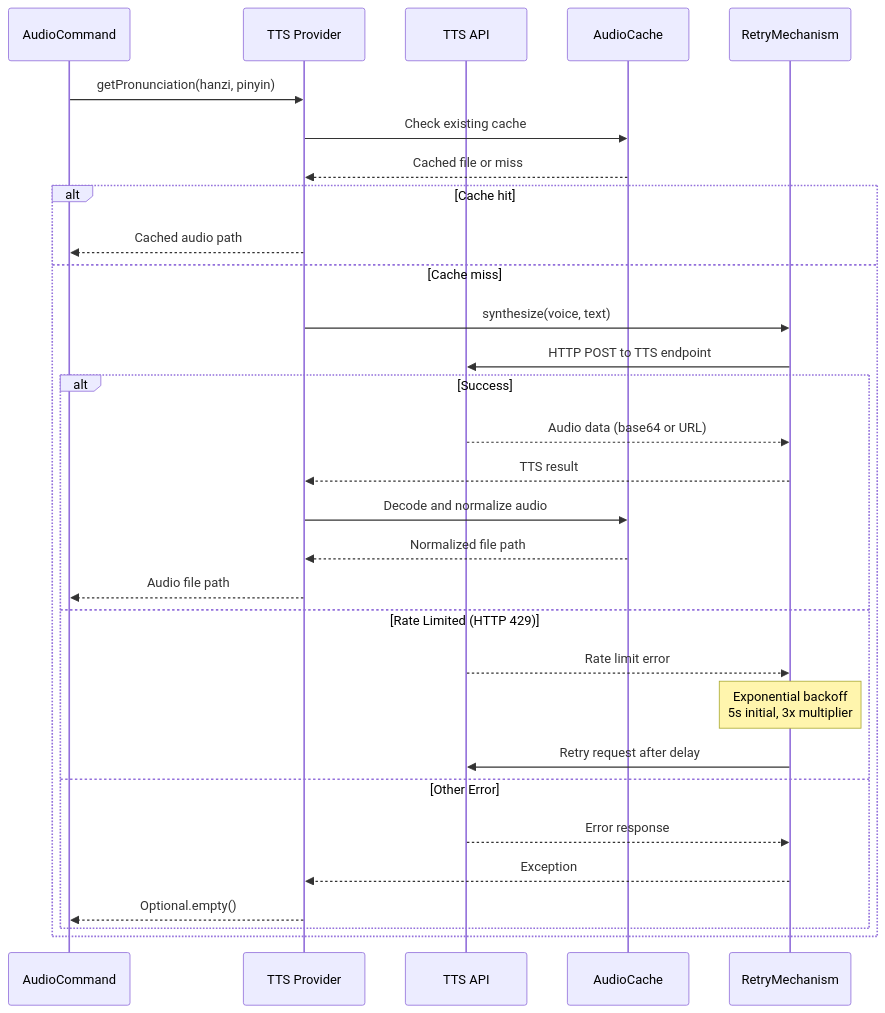
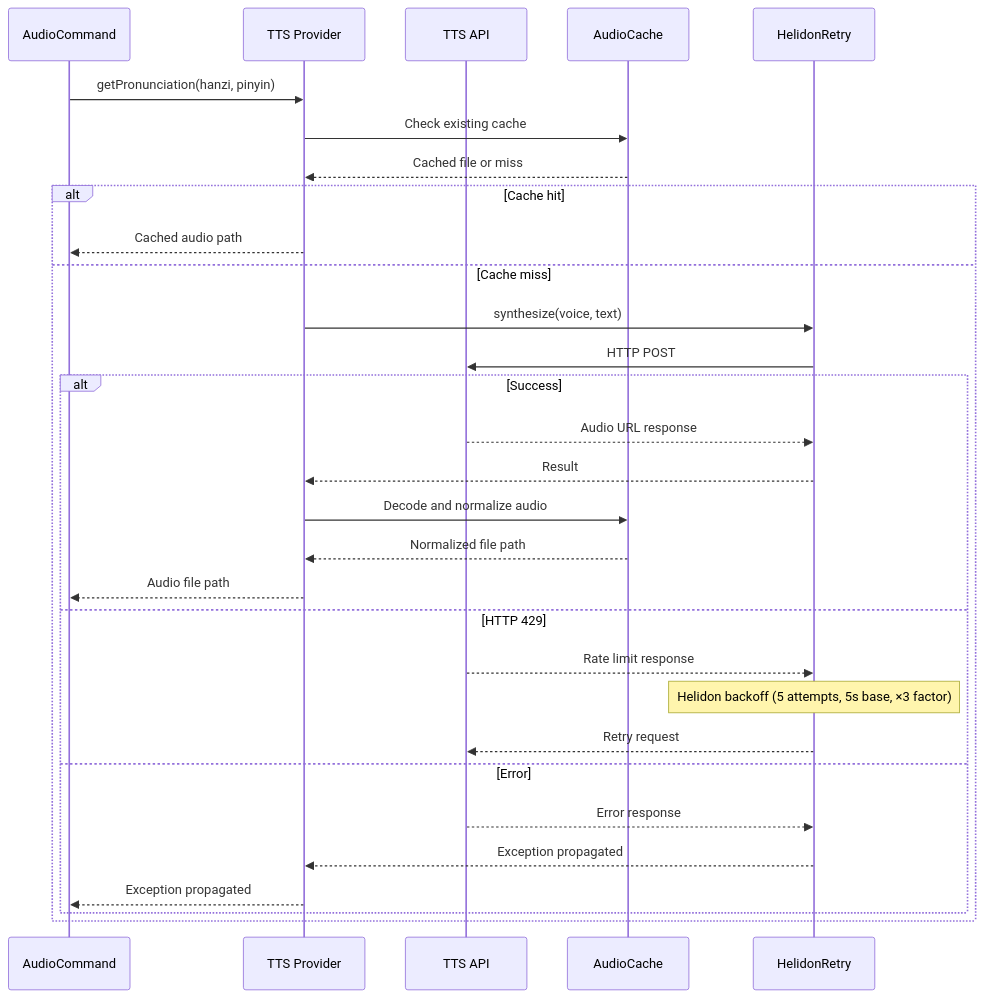
The fourth of 14 diagrams in AUDIO_COMMAND_FLOW.md (jorjao81/zh-learn2), drawn with Mermaid before and after one commit. The commit also changed 17 other files, not shown here.

````diff
--- a/AUDIO_COMMAND_FLOW.md
+++ b/AUDIO_COMMAND_FLOW.md
@@ -112,35 +112,35 @@
 ```mermaid
 sequenceDiagram
     participant Cmd as AudioCommand
     participant TTS as TTS Provider
     participant API as TTS API
     participant Cache as AudioCache
-    participant Retry as RetryMechanism
+    participant Retry as HelidonRetry
 
     Cmd->>TTS: getPronunciation(hanzi, pinyin)
     TTS->>Cache: Check existing cache
     Cache-->>TTS: Cached file or miss
 
     alt Cache hit
         TTS-->>Cmd: Cached audio path
     else Cache miss
         TTS->>Retry: synthesize(voice, text)
-        Retry->>API: HTTP POST to TTS endpoint
+        Retry->>API: HTTP POST
 
         alt Success
-            API-->>Retry: Audio data (base64 or URL)
-            Retry-->>TTS: TTS result
+            API-->>Retry: Audio URL response
+            Retry-->>TTS: Result
             TTS->>Cache: Decode and normalize audio
             Cache-->>TTS: Normalized file path
             TTS-->>Cmd: Audio file path
-        else Rate Limited (HTTP 429)
-            API-->>Retry: Rate limit error
-            Note over Retry: Exponential backoff<br/>5s initial, 3x multiplier
-            Retry->>API: Retry request after delay
-        else Other Error
+        else HTTP 429
+            API-->>Retry: Rate limit response
+            Note over Retry: Helidon backoff (5 attempts, 5s base, ×3 factor)
+            Retry-->>API: Retry request
+        else Error
             API-->>Retry: Error response
-            Retry-->>TTS: Exception
-            TTS-->>Cmd: Optional.empty()
+            Retry-->>TTS: Exception propagated
+            TTS-->>Cmd: Exception propagated
         end
     end
 ```
````
